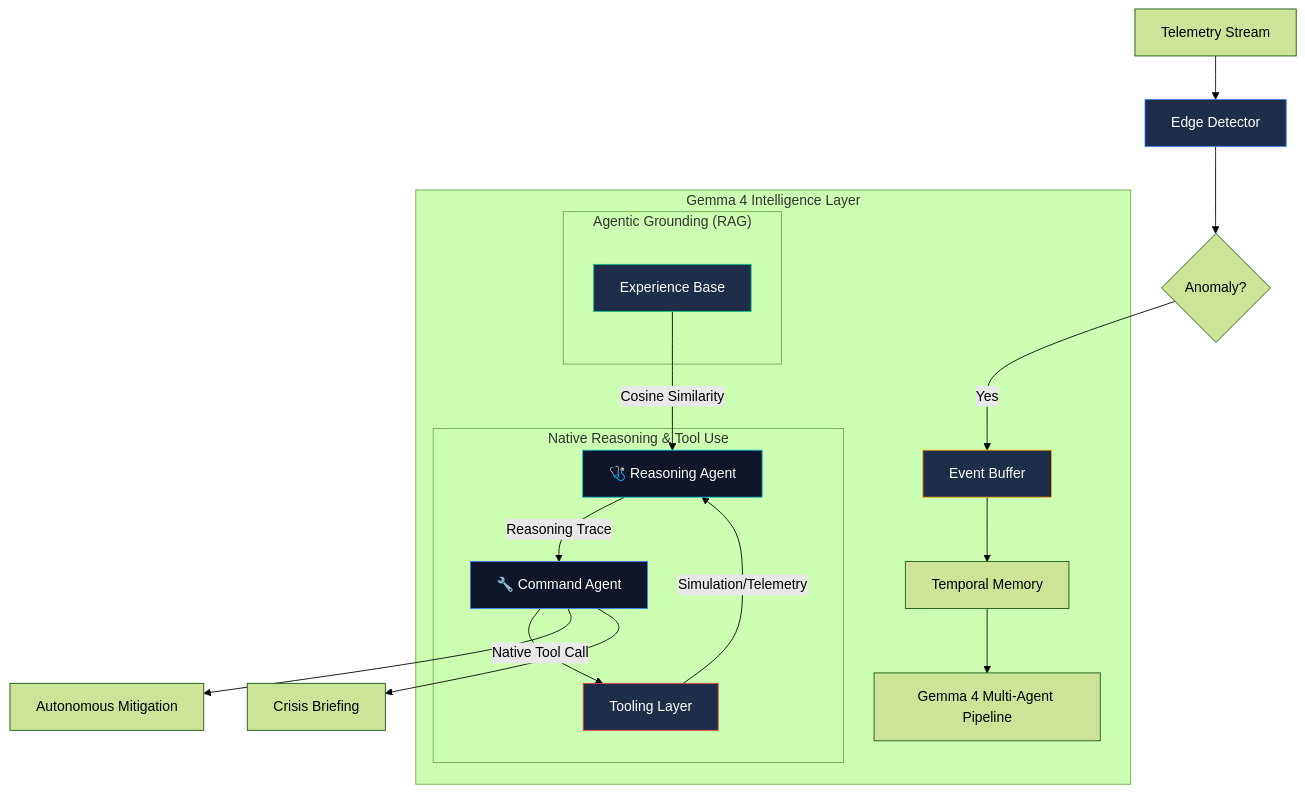
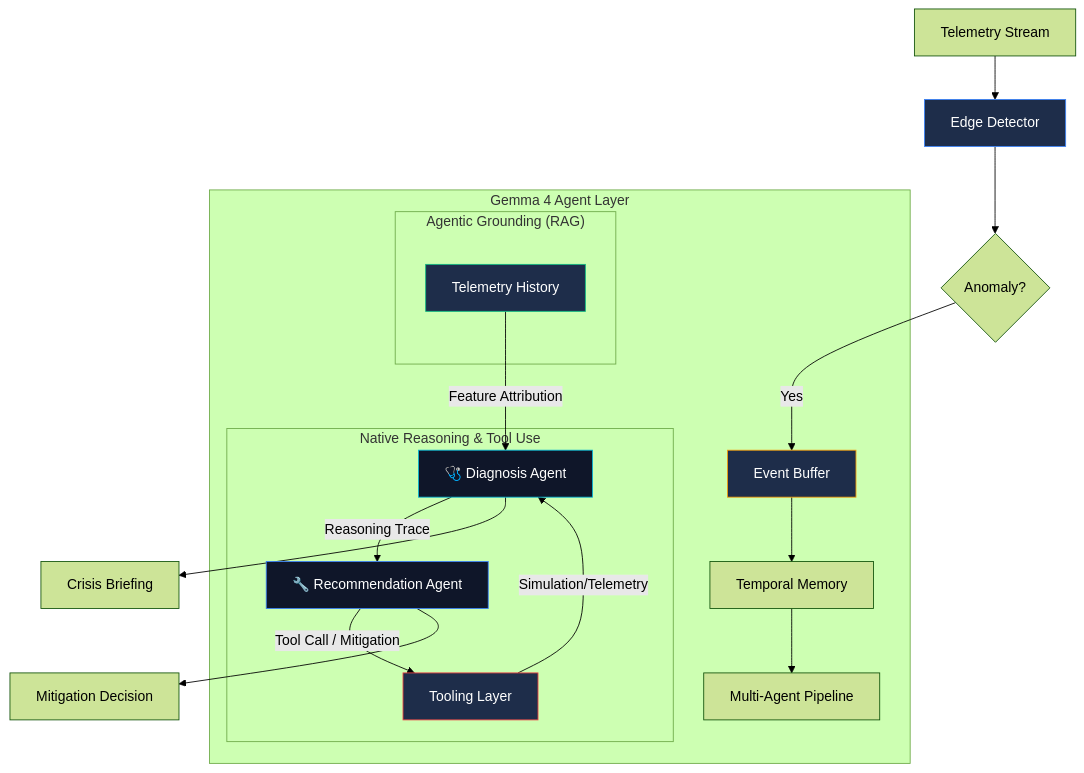
The diagram in README.md (Ibrahimboutal/NetGuardian), drawn with Mermaid (forest theme) before and after one commit. The commit also changed other lines of this file and 4 other files, not shown here.

Commit message:
feat: enhance anomaly detection and reporting with primary metric attribution and improved agent interactions

````diff
--- a/README.md
+++ b/README.md
@@ -11,31 +13,31 @@
 ```mermaid
 graph TD
     A[Telemetry Stream] --> B[Edge Detector]
     B --> C{Anomaly?}
     C -- Yes --> D[Event Buffer]
     
-    subgraph "Gemma 4 Intelligence Layer"
+    subgraph "Gemma 4 Agent Layer"
         D --> D1[Temporal Memory]
-        D1 --> E[Gemma 4 Multi-Agent Pipeline]
+        D1 --> E[Multi-Agent Pipeline]
         
         subgraph "Native Reasoning & Tool Use"
-            E1[🩺 Reasoning Agent] -- Reasoning Trace --> E2[🔧 Command Agent]
-            E2 -- Native Tool Call --> T[Tooling Layer]
+            E1[🩺 Diagnosis Agent] -- Reasoning Trace --> E2[🔧 Recommendation Agent]
+            E2 -- Tool Call / Mitigation --> T[Tooling Layer]
             T -- Simulation/Telemetry --> E1
         end
         
         subgraph "Agentic Grounding (RAG)"
-            K[Experience Base] -- Cosine Similarity --> E1
+            K[Telemetry History] -- Feature Attribution --> E1
         end
     end
     
-    E2 --> F[Autonomous Mitigation]
-    E2 --> G[Crisis Briefing]
+    E2 --> F[Mitigation Decision]
+    E1 --> G[Crisis Briefing]
     
     style B fill:#1e2d4a,stroke:#3b82f6,color:#fff
     style D fill:#1e2d4a,stroke:#f59e0b,color:#fff
     style E1 fill:#0f1629,stroke:#06b6d4,color:#fff
     style E2 fill:#0f1629,stroke:#3b82f6,color:#fff
     style K fill:#1e2d4a,stroke:#10b981,color:#fff
     style T fill:#1e2d4a,stroke:#ef4444,color:#fff
 ```
````
